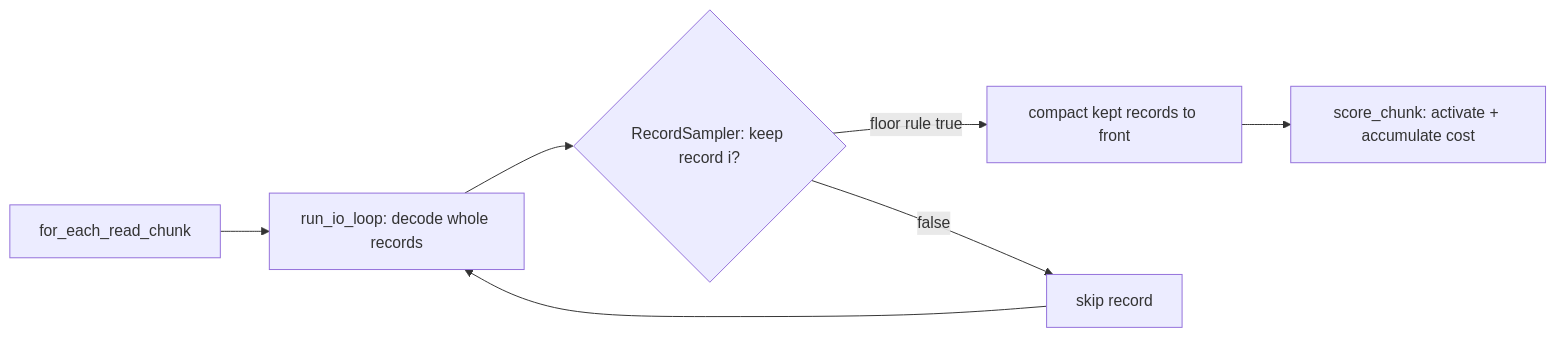
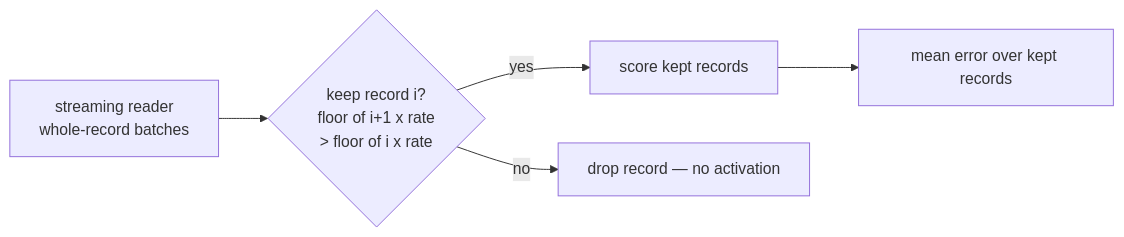
The diagram in docs/archive/pr-summaries/pr-summary-310.md (stSoftwareAU/NEAT-AI-scorer), drawn with Mermaid before and after one commit. The commit also changed other lines of this file, not shown here.

````diff
--- a/docs/archive/pr-summaries/pr-summary-310.md
+++ b/docs/archive/pr-summaries/pr-summary-310.md
@@ -45,9 +58,7 @@
 ```mermaid
 flowchart LR
-    Read[for_each_read_chunk] --> Loop[run_io_loop: decode whole records]
-    Loop --> Filter{RecordSampler: keep record i?}
-    Filter -->|floor rule true| Keep[compact kept records to front]
-    Filter -->|false| Drop[skip record]
-    Keep --> Score[score_chunk: activate + accumulate cost]
-    Drop --> Loop
+    Read[streaming reader<br/>whole-record batches] --> Sampler{keep record i?<br/>floor of i+1 x rate<br/>&gt; floor of i x rate}
+    Sampler -->|yes| Score[score kept records]
+    Sampler -->|no| Skip[drop record — no activation]
+    Score --> Mean[mean error over kept records]
 ```
````
